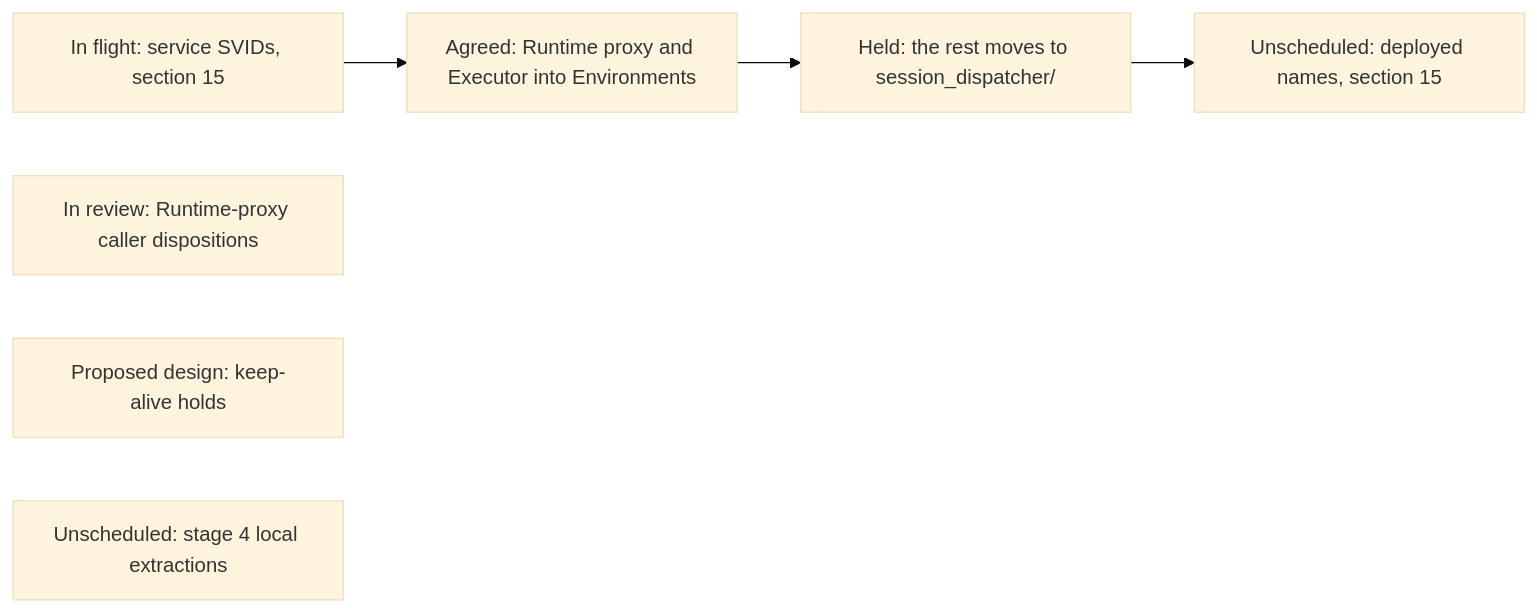
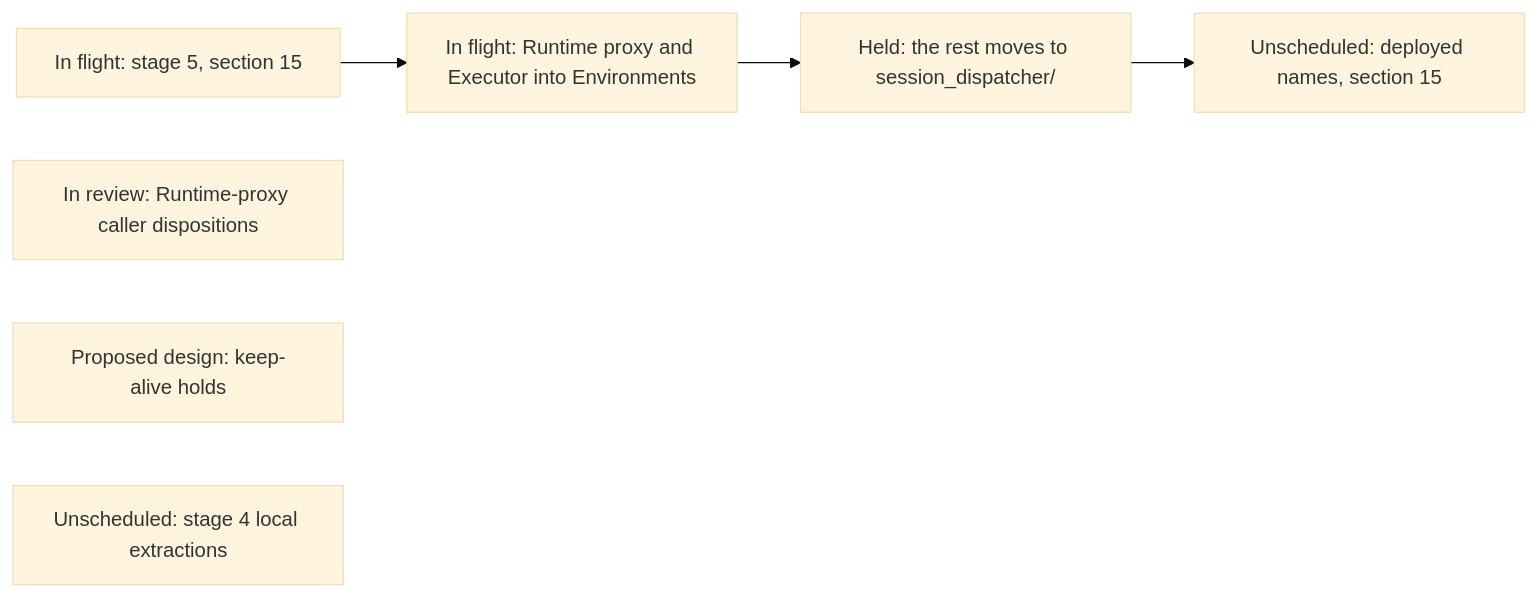
Before and after one commit to agentydragon/ducktape: diagram 21 of 21 in agentplane/plans/task_dag.md, drawn with Mermaid (base theme). The commit also changed other lines of this file and 7 other files, not shown here.

````diff
--- a/agentplane/plans/task_dag.md
+++ b/agentplane/plans/task_dag.md
@@ -4028,13 +3960,13 @@
 ```mermaid
 flowchart LR
-    PRIVILEGED_BACKEND_AUTH_DESIGN[In flight: service SVIDs, section 15]
+    PRIVILEGED_BACKEND_AUTH_DESIGN[In flight: stage 5, section 15]
     RUNTIME_PROXY_CALLER_AUDIT[In review: Runtime-proxy caller dispositions]
-    RUNTIME_PROXY_TO_ENVIRONMENTS[Agreed: Runtime proxy and Executor into Environments]
+    RUNTIME_PROXY_TO_ENVIRONMENTS[In flight: Runtime proxy and Executor into Environments]
     SESSIONS_BINARY_DIRECTORY[Held: the rest moves to session_dispatcher/]
     ENVIRONMENT_KEEP_ALIVE_HOLDS[Proposed design: keep-alive holds]
     GO_LOCAL_EXTRACTIONS[Unscheduled: stage 4 local extractions]
     RUNNER_GATEWAY_RENAME[Unscheduled: deployed names, section 15]
     PRIVILEGED_BACKEND_AUTH_DESIGN --> RUNTIME_PROXY_TO_ENVIRONMENTS
     RUNTIME_PROXY_TO_ENVIRONMENTS --> SESSIONS_BINARY_DIRECTORY
     SESSIONS_BINARY_DIRECTORY --> RUNNER_GATEWAY_RENAME
 ```
````
